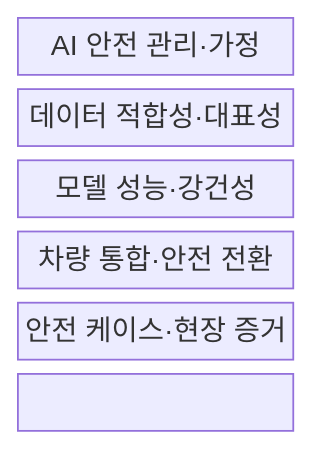
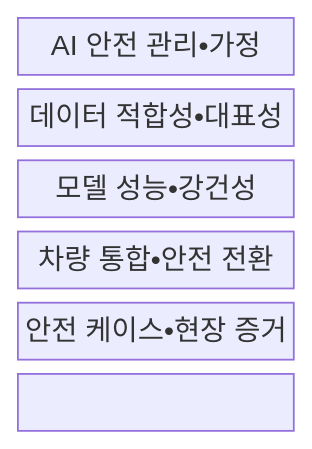
One commit to agnusdei1207/knowledge-base changed the first of 2 diagrams in src/content/docs/notes/05-security/135_iso_pas_8800.md. Above: the diagram before and after it, drawn with Mermaid. The commit also changed other lines of this file and 953 other files, not shown here.

````diff
--- a/src/content/docs/notes/05-security/135_iso_pas_8800.md
+++ b/src/content/docs/notes/05-security/135_iso_pas_8800.md
@@ -66,11 +66,11 @@
 ```mermaid
 block-beta
   columns 1
-  M["AI 안전 관리·가정"]
-  D["데이터 적합성·대표성"]
-  A["모델 성능·강건성"]
-  V["차량 통합·안전 전환"]
-  C["안전 케이스·현장 증거"]
+  M["AI 안전 관리•가정"]
+  D["데이터 적합성•대표성"]
+  A["모델 성능•강건성"]
+  V["차량 통합•안전 전환"]
+  C["안전 케이스•현장 증거"]
   M --- D --- A
   A --- V --- C
 ```
````
